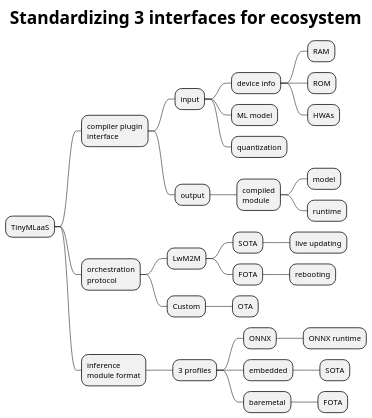
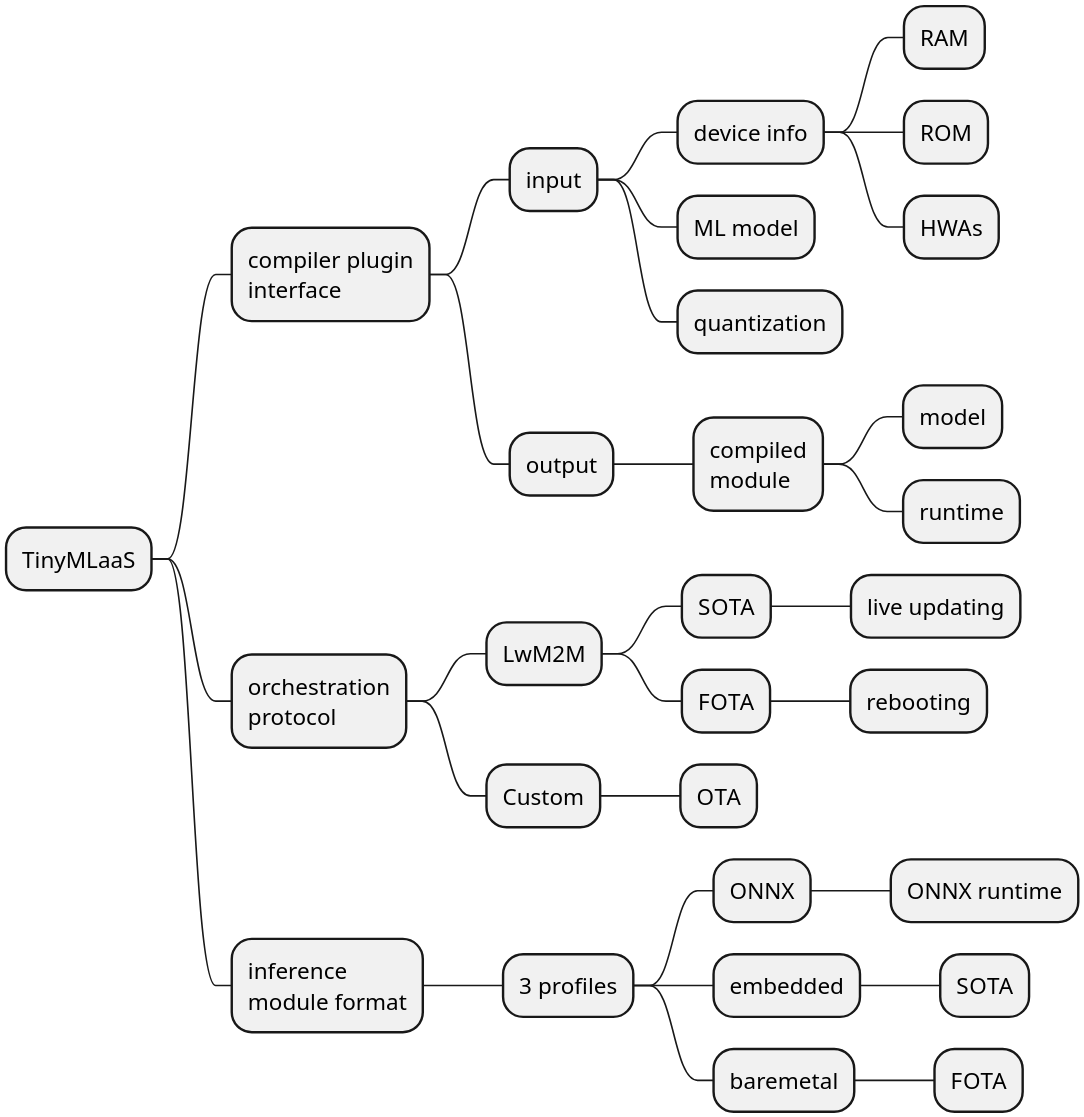
Before and after one commit to doyu/elc2019: the first of 5 diagrams in standard-mindmap.puml, drawn with PlantUML. The commit also changed 6 other files, not shown here.

```diff
--- a/standard-mindmap.puml
+++ b/standard-mindmap.puml
@@ -1,33 +1,34 @@
 @startmindmap
 skinparam TitleFontSize 32
-title Standardizing 3 interfaces for ecosystem
+scale 2048 width
+'title Standardizing 3 interfaces for ecosystem
 * TinyMLaaS
 ** compiler plugin\ninterface
 *** input
 **** device info
 ***** RAM
 ***** ROM
 ***** HWAs
 **** ML model
 **** quantization
 *** output
 **** compiled\nmodule
 ***** model
 ***** runtime
 ** orchestration\nprotocol
 *** LwM2M
 **** SOTA
 ***** live updating
 **** FOTA
 ***** rebooting
 *** Custom
 **** OTA
 ** inference\nmodule format
 *** 3 profiles
 **** ONNX
 ***** ONNX runtime
 **** embedded
 ***** SOTA
 **** baremetal
 ***** FOTA
 @endmindmap
```
